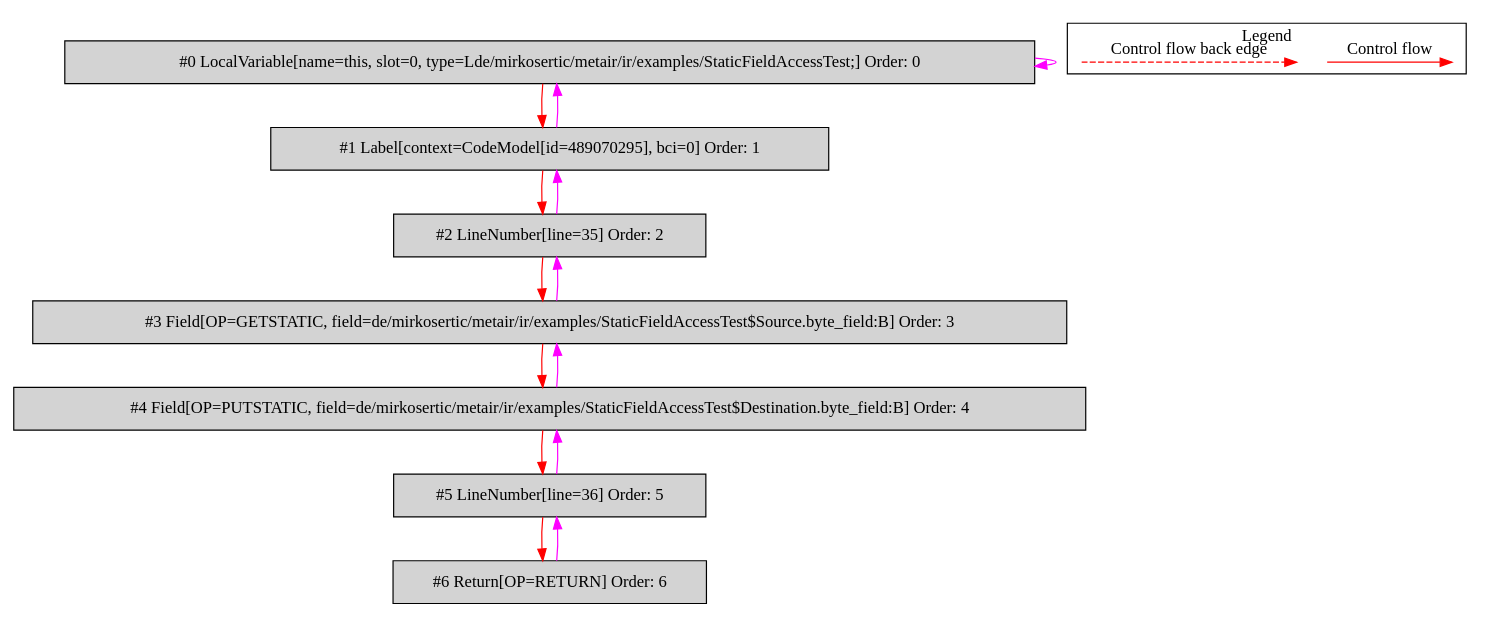
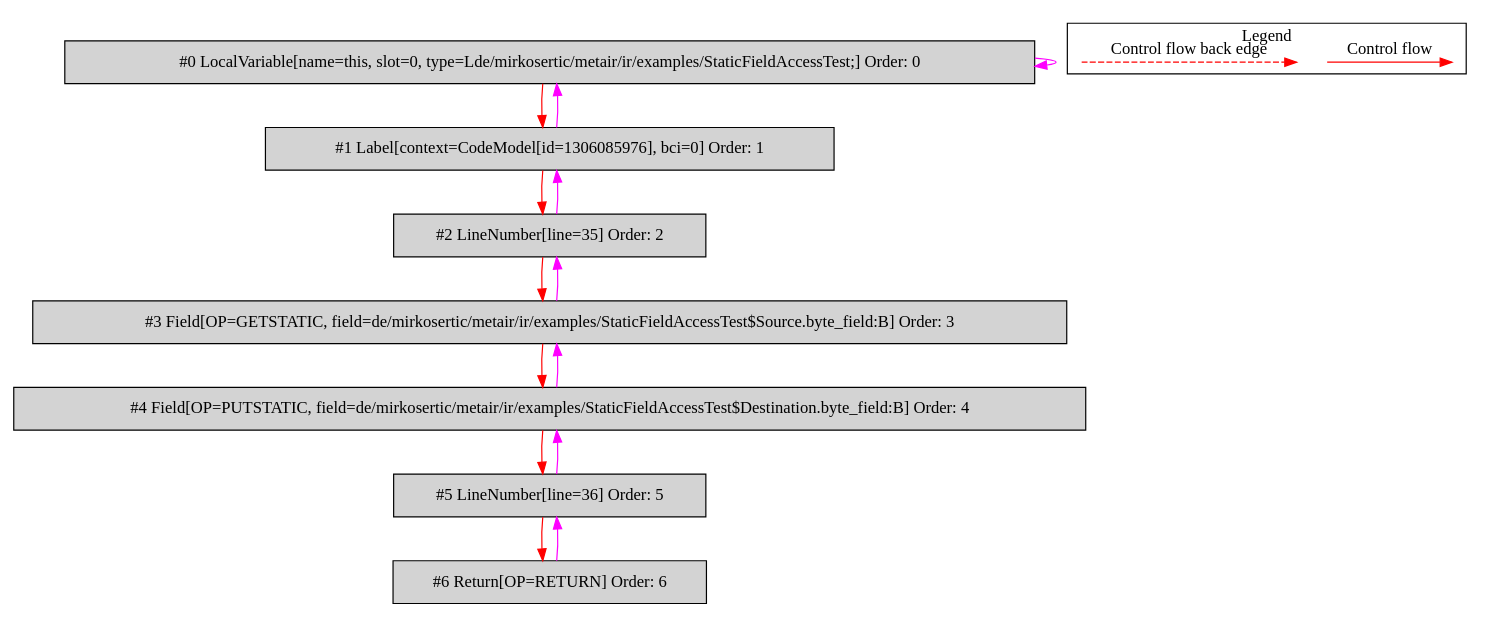
Before and after one commit to mirkosertic/MetaIR: the diagram in de.mirkosertic.metair.ir.examples.StaticFieldAccessTest/copy_byte/bytecodecfg.dot, drawn with Graphviz. The commit also changed 508 other files, not shown here.

```diff
--- a/de.mirkosertic.metair.ir.examples.StaticFieldAccessTest/copy_byte/bytecodecfg.dot
+++ b/de.mirkosertic.metair.ir.examples.StaticFieldAccessTest/copy_byte/bytecodecfg.dot
@@ -1,37 +1,37 @@
 digraph {
  ordering="in";
  node0[label="#0 LocalVariable[name=this, slot=0, type=Lde/mirkosertic/metair/ir/examples/StaticFieldAccessTest;] Order: 0", shape=box, fillcolor=lightgrey, style=filled];
- node1[label="#1 Label[context=CodeModel[id=489070295], bci=0] Order: 1", shape=box, fillcolor=lightgrey, style=filled];
+ node1[label="#1 Label[context=CodeModel[id=1306085976], bci=0] Order: 1", shape=box, fillcolor=lightgrey, style=filled];
  node2[label="#2 LineNumber[line=35] Order: 2", shape=box, fillcolor=lightgrey, style=filled];
  node3[label="#3 Field[OP=GETSTATIC, field=de/mirkosertic/metair/ir/examples/StaticFieldAccessTest$Source.byte_field:B] Order: 3", shape=box, fillcolor=lightgrey, style=filled];
  node4[label="#4 Field[OP=PUTSTATIC, field=de/mirkosertic/metair/ir/examples/StaticFieldAccessTest$Destination.byte_field:B] Order: 4", shape=box, fillcolor=lightgrey, style=filled];
  node5[label="#5 LineNumber[line=36] Order: 5", shape=box, fillcolor=lightgrey, style=filled];
  node6[label="#6 Return[OP=RETURN] Order: 6", shape=box, fillcolor=lightgrey, style=filled];
  node0 -> node0[color=fuchsia];
  node0 -> node1[color=red];
  node1 -> node0[color=fuchsia];
  node1 -> node2[color=red];
  node2 -> node1[color=fuchsia];
  node2 -> node3[color=red];
  node3 -> node2[color=fuchsia];
  node3 -> node4[color=red];
  node4 -> node3[color=fuchsia];
  node4 -> node5[color=red];
  node5 -> node4[color=fuchsia];
  node5 -> node6[color=red];
  node6 -> node5[color=fuchsia];
  subgraph cluster_000 {
   label = "Legend";
   node [shape=point]
   {
    rank=same;
    c0 [style = invis];
    c1 [style = invis];
    c2 [style = invis];
    c3 [style = invis];
   }
   c0 -> c1 [label="Control flow", style=solid, color=red]
   c2 -> c3 [label="Control flow back edge", style=dashed, color=red]
  }
 
 }
```
